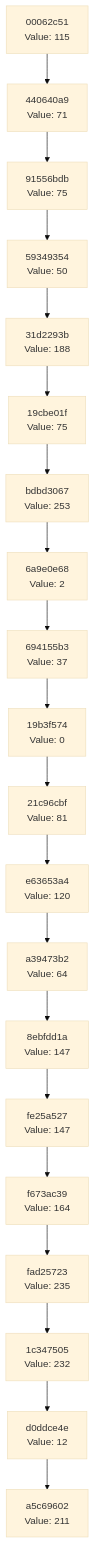
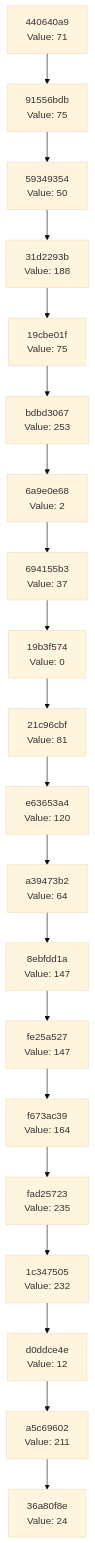
The diagram in docs/CHAIN_VISUALIZATION.md (Abhisheksinha1506/hash-chain-evolver), drawn with Mermaid (base theme) before and after one commit. The commit also changed 3 other files, not shown here.

````diff
--- a/docs/CHAIN_VISUALIZATION.md
+++ b/docs/CHAIN_VISUALIZATION.md
@@ -3,42 +3,42 @@
 ```mermaid
 graph TD
-    C0["a5c69602<br/>Value: 211"]
-    C1["d0ddce4e<br/>Value: 12"]
+    C0["36a80f8e<br/>Value: 24"]
+    C1["a5c69602<br/>Value: 211"]
     C1 --> C0
-    C2["1c347505<br/>Value: 232"]
+    C2["d0ddce4e<br/>Value: 12"]
     C2 --> C1
-    C3["fad25723<br/>Value: 235"]
+    C3["1c347505<br/>Value: 232"]
     C3 --> C2
-    C4["f673ac39<br/>Value: 164"]
+    C4["fad25723<br/>Value: 235"]
     C4 --> C3
-    C5["fe25a527<br/>Value: 147"]
+    C5["f673ac39<br/>Value: 164"]
     C5 --> C4
-    C6["8ebfdd1a<br/>Value: 147"]
+    C6["fe25a527<br/>Value: 147"]
     C6 --> C5
-    C7["a39473b2<br/>Value: 64"]
+    C7["8ebfdd1a<br/>Value: 147"]
     C7 --> C6
-    C8["e63653a4<br/>Value: 120"]
+    C8["a39473b2<br/>Value: 64"]
     C8 --> C7
-    C9["21c96cbf<br/>Value: 81"]
+    C9["e63653a4<br/>Value: 120"]
     C9 --> C8
-    C10["19b3f574<br/>Value: 0"]
+    C10["21c96cbf<br/>Value: 81"]
     C10 --> C9
-    C11["694155b3<br/>Value: 37"]
+    C11["19b3f574<br/>Value: 0"]
     C11 --> C10
-    C12["6a9e0e68<br/>Value: 2"]
+    C12["694155b3<br/>Value: 37"]
     C12 --> C11
-    C13["bdbd3067<br/>Value: 253"]
+    C13["6a9e0e68<br/>Value: 2"]
     C13 --> C12
-    C14["19cbe01f<br/>Value: 75"]
+    C14["bdbd3067<br/>Value: 253"]
     C14 --> C13
-    C15["31d2293b<br/>Value: 188"]
+    C15["19cbe01f<br/>Value: 75"]
     C15 --> C14
-    C16["59349354<br/>Value: 50"]
+    C16["31d2293b<br/>Value: 188"]
     C16 --> C15
-    C17["91556bdb<br/>Value: 75"]
+    C17["59349354<br/>Value: 50"]
     C17 --> C16
-    C18["440640a9<br/>Value: 71"]
+    C18["91556bdb<br/>Value: 75"]
     C18 --> C17
-    C19["00062c51<br/>Value: 115"]
+    C19["440640a9<br/>Value: 71"]
     C19 --> C18
 ```
````
